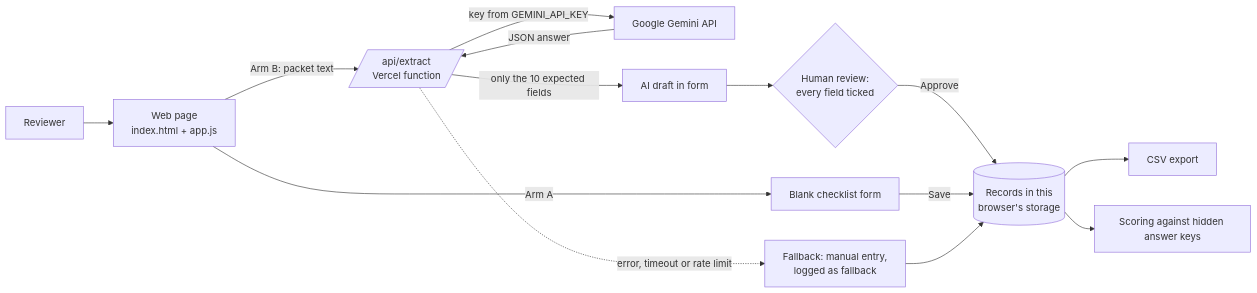
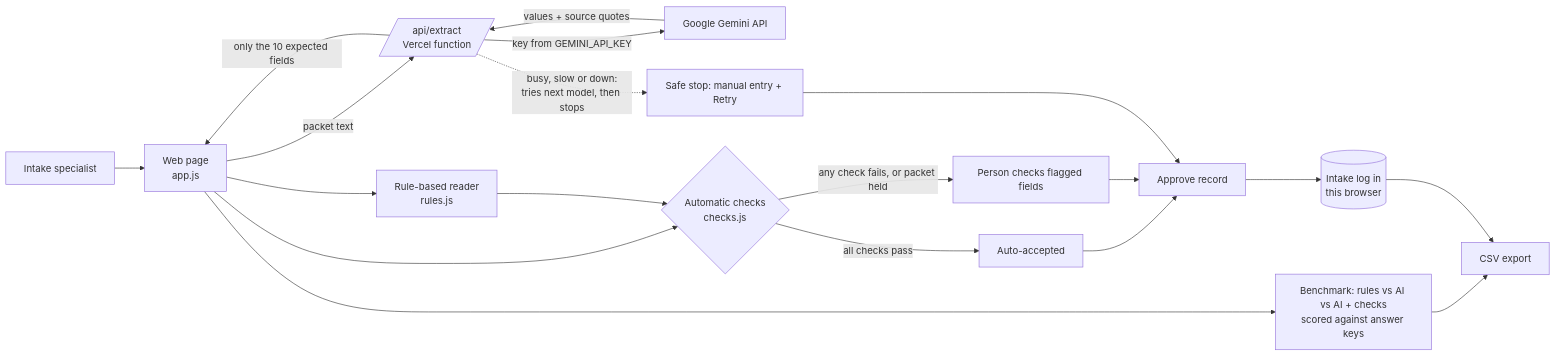
Before and after one commit to a-ciri/chubb-intake-test: the diagram in chubb-intake-test-bench/README.md, drawn with Mermaid. The commit also changed other lines of this file and 7 other files, not shown here.

````diff
--- a/chubb-intake-test-bench/README.md
+++ b/chubb-intake-test-bench/README.md
@@ -25,16 +34,21 @@
 ```mermaid
 flowchart LR
-  U[Reviewer] --> UI[Web page<br/>index.html + app.js]
-  UI -->|Arm A| F[Blank checklist form]
-  UI -->|Arm B: packet text| API[/api/extract<br/>Vercel function/]
+  U[Intake specialist] --> UI[Web page<br/>app.js]
+  UI -->|packet text| API[/api/extract<br/>Vercel function/]
   API -->|key from GEMINI_API_KEY| G[Google Gemini API]
-  G -->|JSON answer| API
-  API -->|only the 10 expected fields| D[AI draft in form]
-  D --> R{Human review:<br/>every field ticked}
-  R -->|Approve| L[(Records in this<br/>browser's storage)]
-  F -->|Save| L
-  API -.->|error, timeout or rate limit| FB[Fallback: manual entry,<br/>logged as fallback]
-  FB --> L
-  L --> E[CSV export]
-  L --> S[Scoring against hidden answer keys]
+  G -->|values + source quotes| API
+  API -->|only the 10 expected fields| UI
+  UI --> RB[Rule-based reader<br/>rules.js]
+  UI --> CK{Automatic checks<br/>checks.js}
+  RB --> CK
+  CK -->|all checks pass| AA[Auto-accepted]
+  CK -->|any check fails, or packet held| HQ[Person checks flagged fields]
+  AA --> AP[Approve record]
+  HQ --> AP
+  AP --> L[(Intake log in<br/>this browser)]
+  API -.->|busy, slow or down:<br/>tries next model, then stops| FB[Safe stop: manual entry + Retry]
+  FB --> AP
+  UI --> B[Benchmark: rules vs AI vs AI + checks<br/>scored against answer keys]
+  B --> CSV[CSV export]
+  L --> CSV
 ```
````
